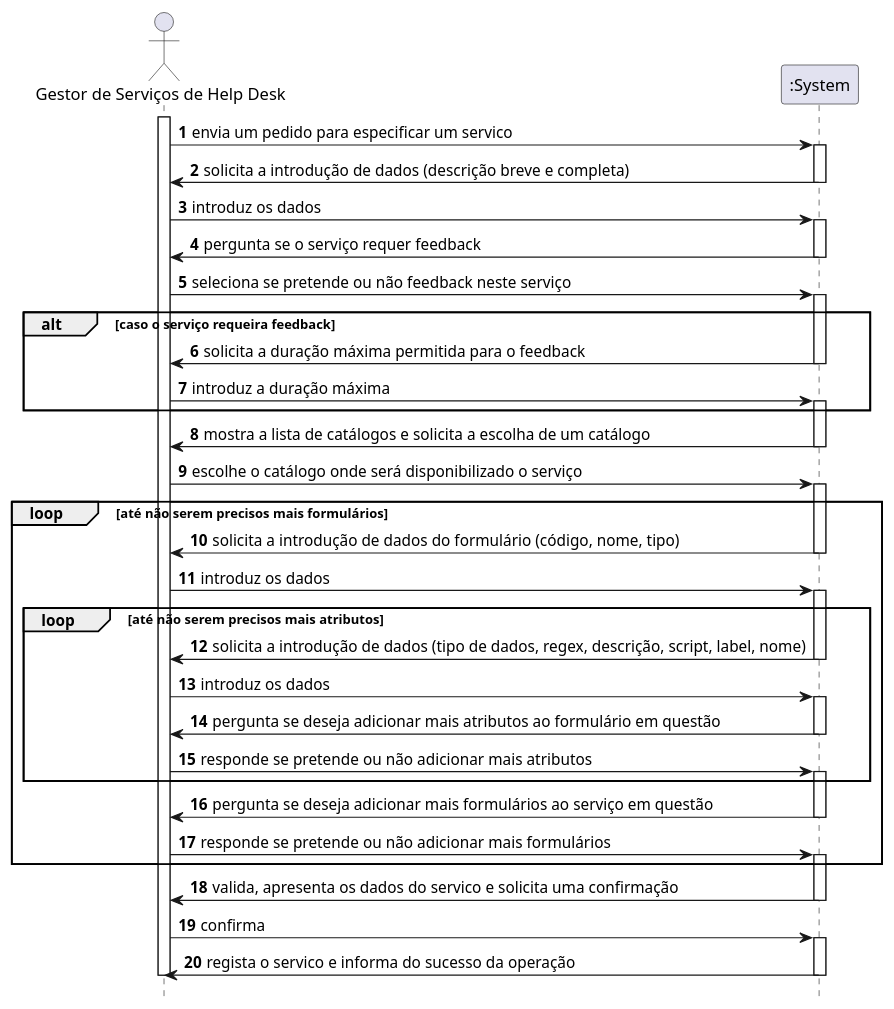
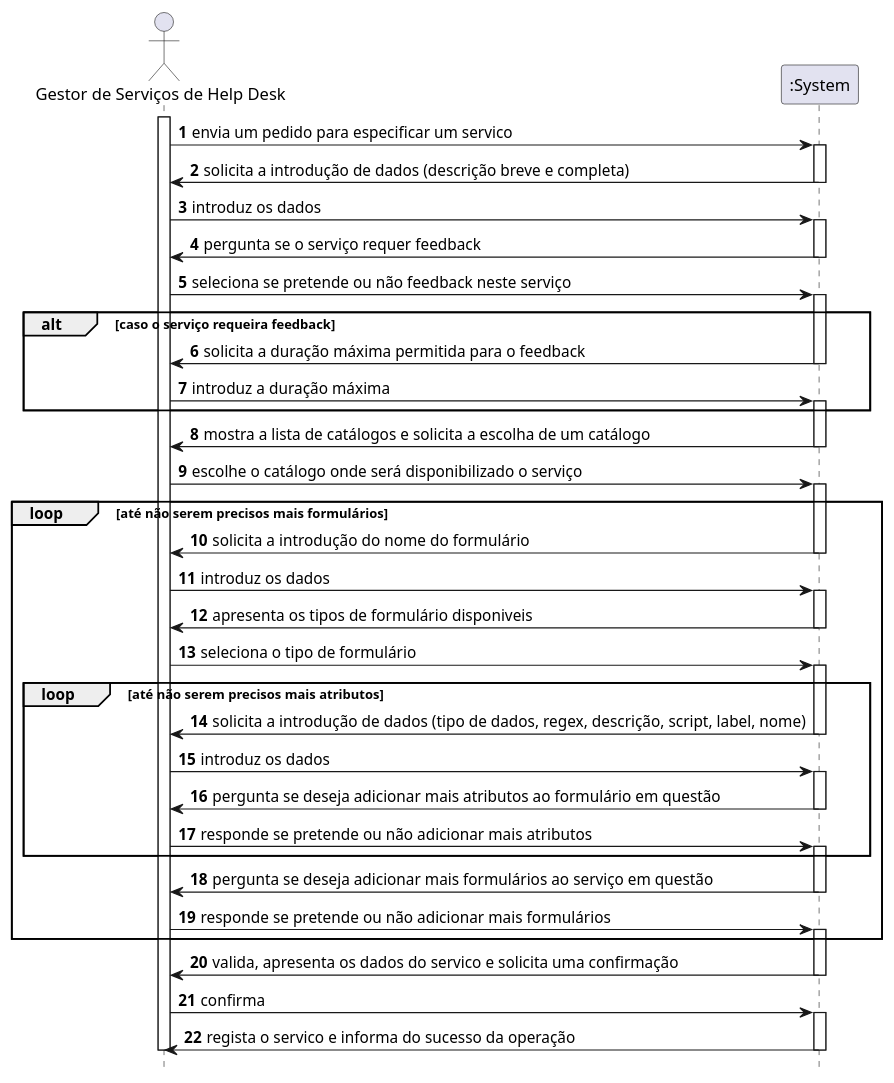
One commit to tiagoavcosta25/LAPR4 changed the diagram in doc/engenharia/SprintB/1190967/US-1-2002_EspecificarServico/US-1-2002_SSD.puml. Above: the diagram before and after it, drawn with PlantUML. The commit also changed 2 other files, not shown here.

```diff
--- a/doc/engenharia/SprintB/1190967/US-1-2002_EspecificarServico/US-1-2002_SSD.puml
+++ b/doc/engenharia/SprintB/1190967/US-1-2002_EspecificarServico/US-1-2002_SSD.puml
@@ -1,76 +1,82 @@
 @startuml
 autonumber
 hide footbox
 
 actor "Gestor de Serviços de Help Desk" as GSH
 participant ":System" as SYST
 
 activate GSH
 
 GSH -> SYST : envia um pedido para especificar um servico
 activate SYST
 SYST -> GSH : solicita a introdução de dados (descrição breve e completa)
 deactivate SYST
 
 GSH -> SYST : introduz os dados
 activate SYST
 SYST -> GSH : pergunta se o serviço requer feedback
 deactivate SYST
 
 GSH -> SYST : seleciona se pretende ou não feedback neste serviço
 activate SYST
 
 alt caso o serviço requeira feedback
 
 SYST -> GSH : solicita a duração máxima permitida para o feedback
 deactivate SYST
 
 GSH -> SYST : introduz a duração máxima
 activate SYST
 end
 
 SYST -> GSH : mostra a lista de catálogos e solicita a escolha de um catálogo
 deactivate SYST
 
 GSH -> SYST : escolhe o catálogo onde será disponibilizado o serviço
 activate SYST
 
 loop até não serem precisos mais formulários
-SYST -> GSH : solicita a introdução de dados do formulário (código, nome, tipo)
+SYST -> GSH : solicita a introdução do nome do formulário
 deactivate SYST
 
 GSH -> SYST : introduz os dados
+activate SYST
+
+SYST -> GSH : apresenta os tipos de formulário disponiveis
+deactivate SYST
+
+GSH -> SYST : seleciona o tipo de formulário
 activate SYST
 
 loop até não serem precisos mais atributos
 SYST -> GSH : solicita a introdução de dados (tipo de dados, regex, descrição, script, label, nome)
 deactivate SYST
 
 GSH -> SYST : introduz os dados
 activate SYST
 
 SYST -> GSH : pergunta se deseja adicionar mais atributos ao formulário em questão
 deactivate SYST
 
 GSH -> SYST : responde se pretende ou não adicionar mais atributos
 activate SYST
 end
 
 SYST -> GSH : pergunta se deseja adicionar mais formulários ao serviço em questão
 deactivate SYST
 
 GSH -> SYST : responde se pretende ou não adicionar mais formulários
 activate SYST
 end
 
 SYST -> GSH : valida, apresenta os dados do servico e solicita uma confirmação
 deactivate SYST
 
 GSH -> SYST : confirma
 activate SYST
 SYST -> GSH : regista o servico e informa do sucesso da operação
 deactivate SYST
 
 deactivate GSH
 
 @enduml
```
